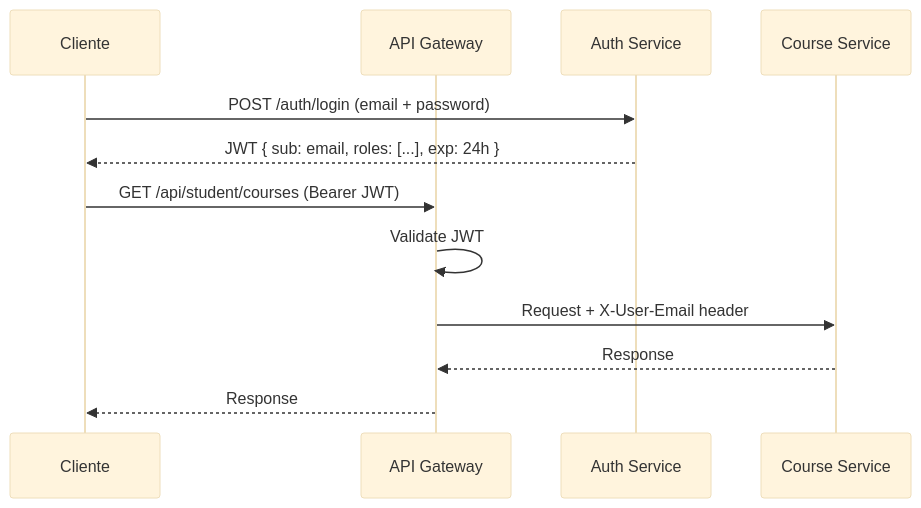
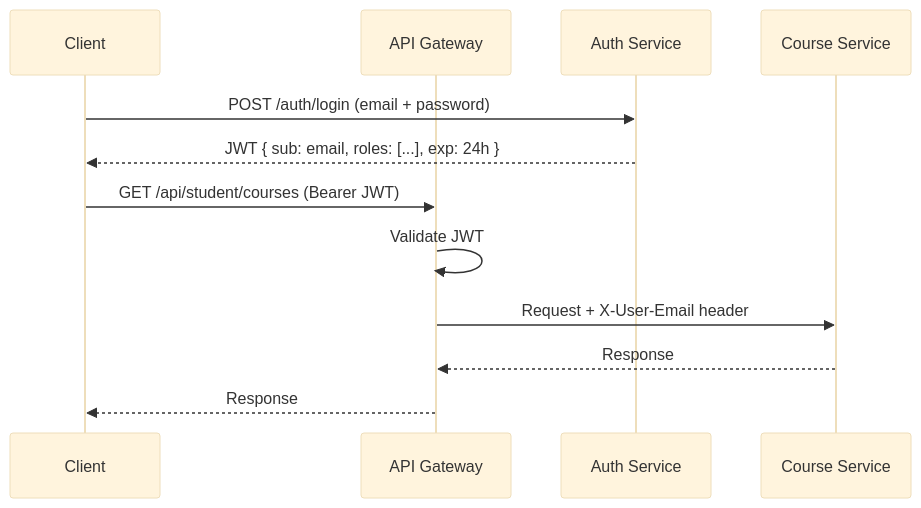
One commit to K-Forge/KApp changed the third of 4 diagrams in docs/DESIGN.md. Above: the diagram before and after it, drawn with Mermaid (base theme). The commit also changed other lines of this file and 12 other files, not shown here.

````diff
--- a/docs/DESIGN.md
+++ b/docs/DESIGN.md
@@ -125,16 +131,16 @@
 ```mermaid
 sequenceDiagram
-    participant C as Cliente
+    participant C as Client
     participant GW as API Gateway
     participant AUTH as Auth Service
     participant SVC as Course Service
 
     C->>AUTH: POST /auth/login (email + password)
     AUTH-->>C: JWT { sub: email, roles: [...], exp: 24h }
 
     C->>GW: GET /api/student/courses (Bearer JWT)
     GW->>GW: Validate JWT
     GW->>SVC: Request + X-User-Email header
     SVC-->>GW: Response
     GW-->>C: Response
 ```
````
